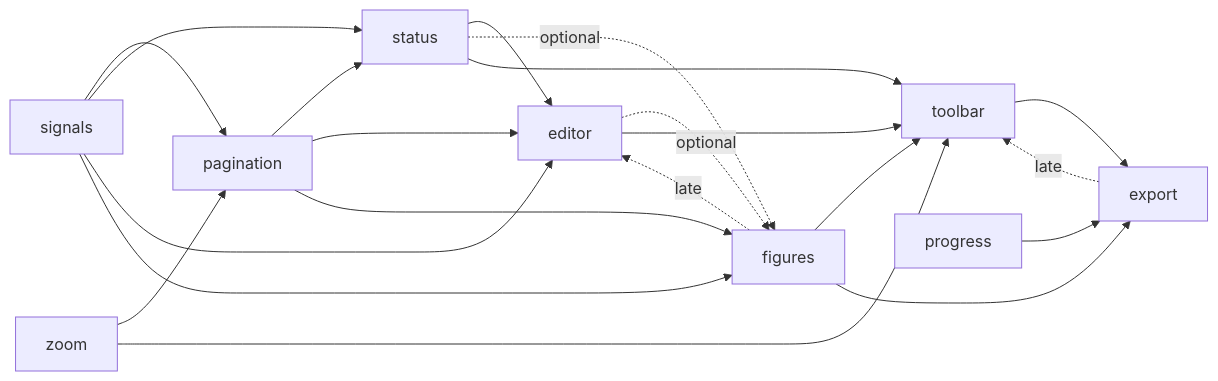
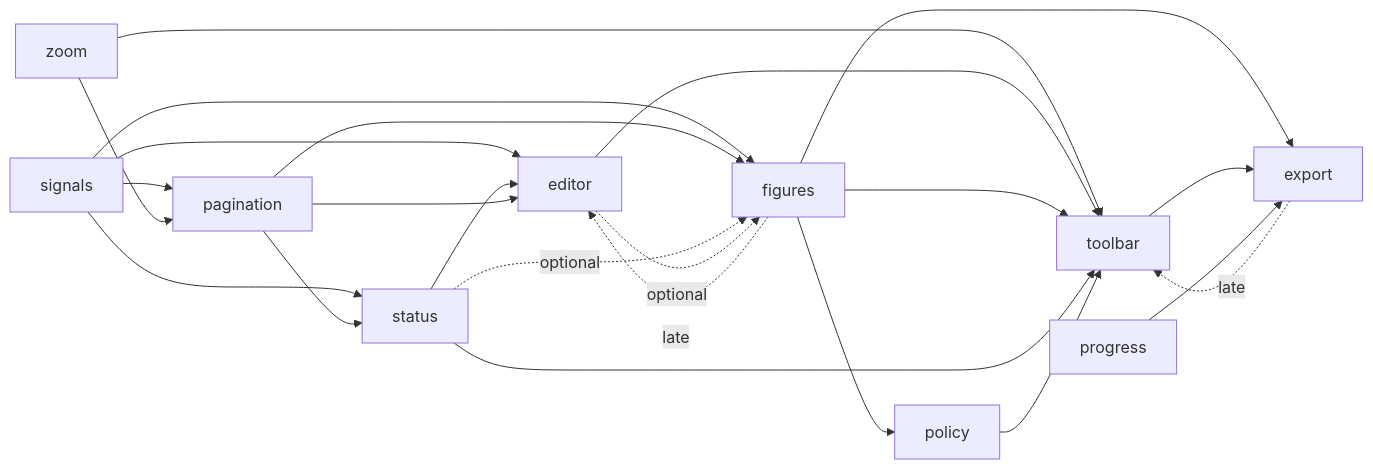
The diagram in DEPS.md (nakrasian/standalone-doc), drawn with Mermaid before and after one commit. The commit also changed other lines of this file and 21 other files, not shown here.

````diff
--- a/DEPS.md
+++ b/DEPS.md
@@ -24,23 +25,25 @@
 ```mermaid
 graph LR
   signals --> pagination
   zoom --> pagination
   signals --> status
   pagination --> status
   signals --> editor
   status --> editor
   pagination --> editor
   figures -.->|late| editor
   signals --> figures
   pagination --> figures
   status -.->|optional| figures
   editor -.->|optional| figures
+  figures --> policy
   zoom --> toolbar
   editor --> toolbar
   figures --> toolbar
   status --> toolbar
+  policy --> toolbar
   export -.->|late| toolbar
   figures --> export
   toolbar --> export
   progress --> export
 ```
````
